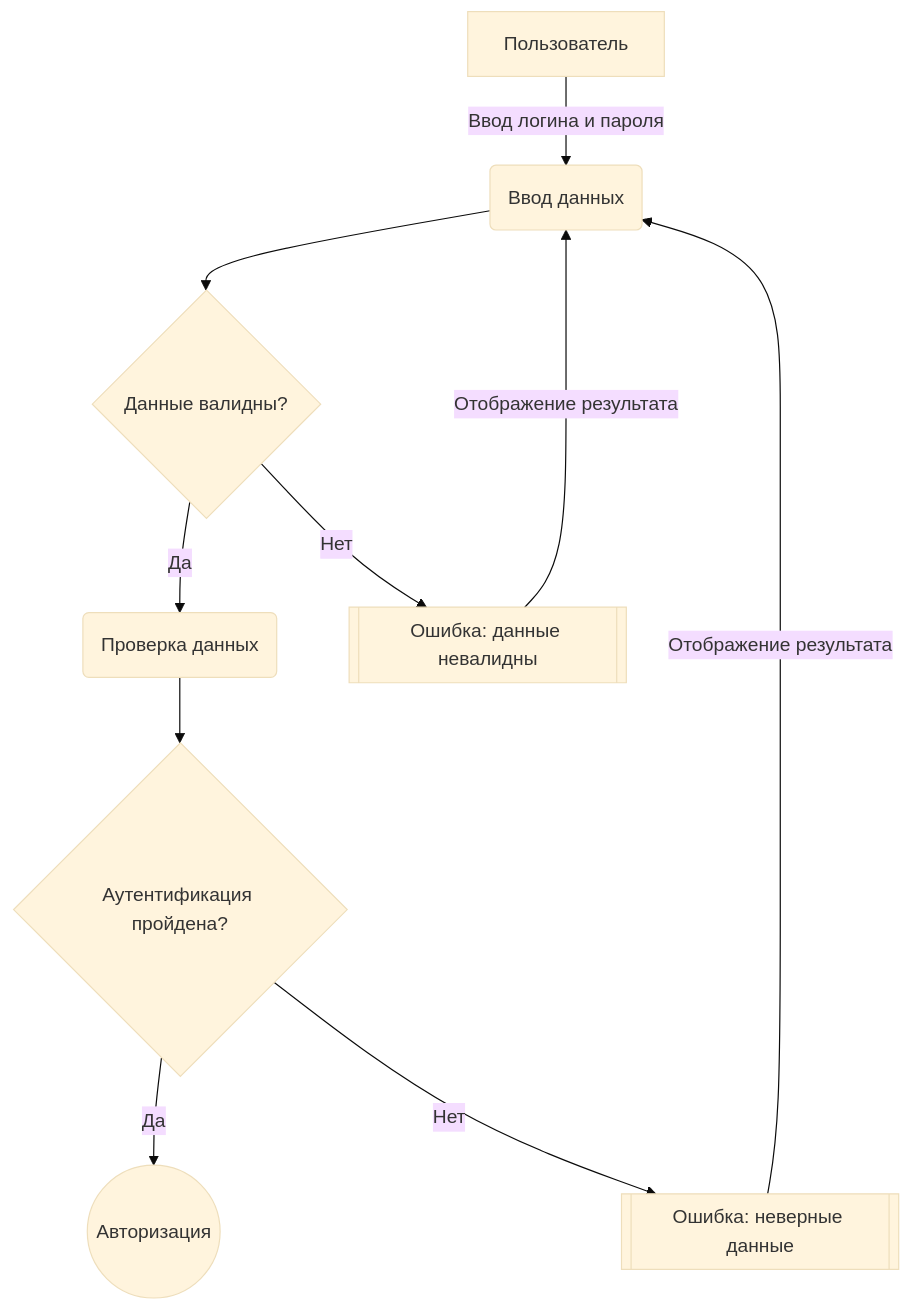
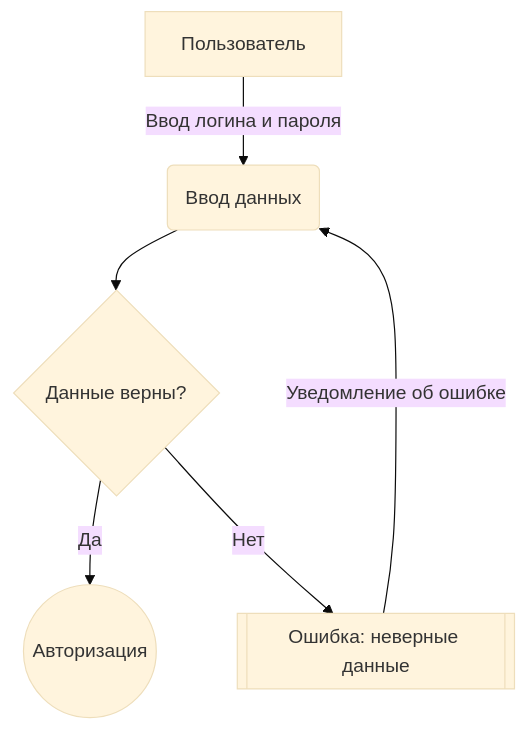
Before and after one commit to P314Rat/LegalexAccount: the first of 2 diagrams in Documentation/docs/авторизация/login.md, drawn with Mermaid (base theme). The commit also changed other lines of this file and 1 other file, not shown here.

````diff
--- a/Documentation/docs/авторизация/login.md
+++ b/Documentation/docs/авторизация/login.md
@@ -15,12 +12,8 @@
 ```mermaid
 graph TD;
     A[Пользователь] -->|Ввод логина и пароля| B(Ввод данных)
-    B --> C{Данные валидны?}
-    C -->|Да| D(Проверка данных)
-    C -->|Нет| E[[Ошибка: данные невалидны]]
-    D -->F{Аутентификация пройдена?}
-    F -->|Да| G((Авторизация))
-    F -->|Нет| H[[Ошибка: неверные данные]]
-    H -->|Отображение результата| B
-    E -->|Отображение результата| B
+    B --> C{Данные верны?}
+    C -->|Да| D((Авторизация))
+    C -->|Нет| E[[Ошибка: неверные данные]]
+    E -->|Уведомление об ошибке| B
 ```
````
